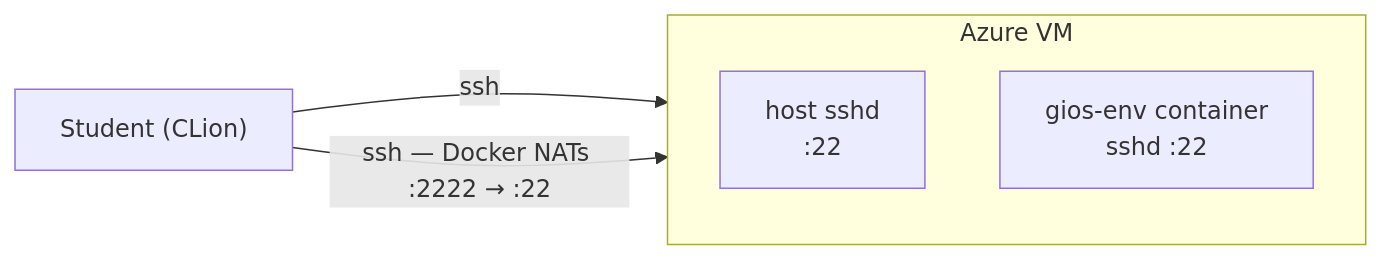
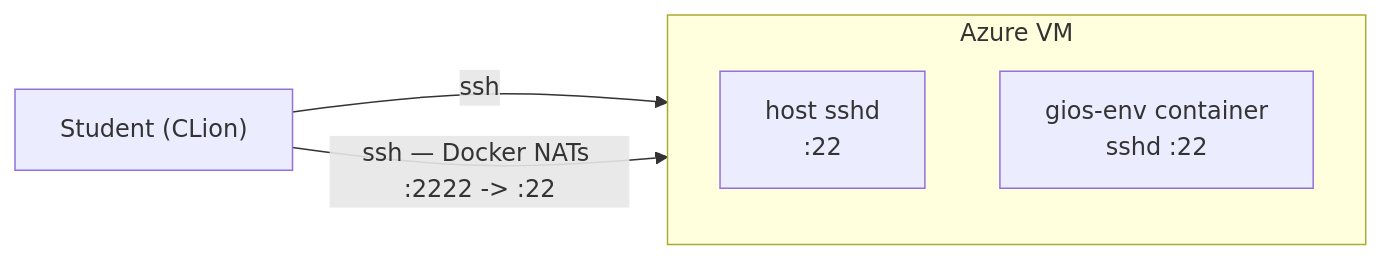
Before and after one commit to kylemart/gt-omscs-infra: the diagram in README.md, drawn with Mermaid. The commit also changed other lines of this file and 2 other files, not shown here.

````diff
--- a/README.md
+++ b/README.md
@@ -9,13 +9,13 @@
 ```mermaid
 flowchart LR
     Student["Student (CLion)"]
 
     subgraph VM["Azure VM"]
         direction TB
         Sshd["host sshd<br/>:22"]
         Container["gios-env container<br/>sshd :22"]
     end
 
     Student -->|ssh| Sshd
-    Student -->|"ssh — Docker NATs :2222 → :22"| Container
+    Student -->|"ssh — Docker NATs :2222 -> :22"| Container
 ```
````
